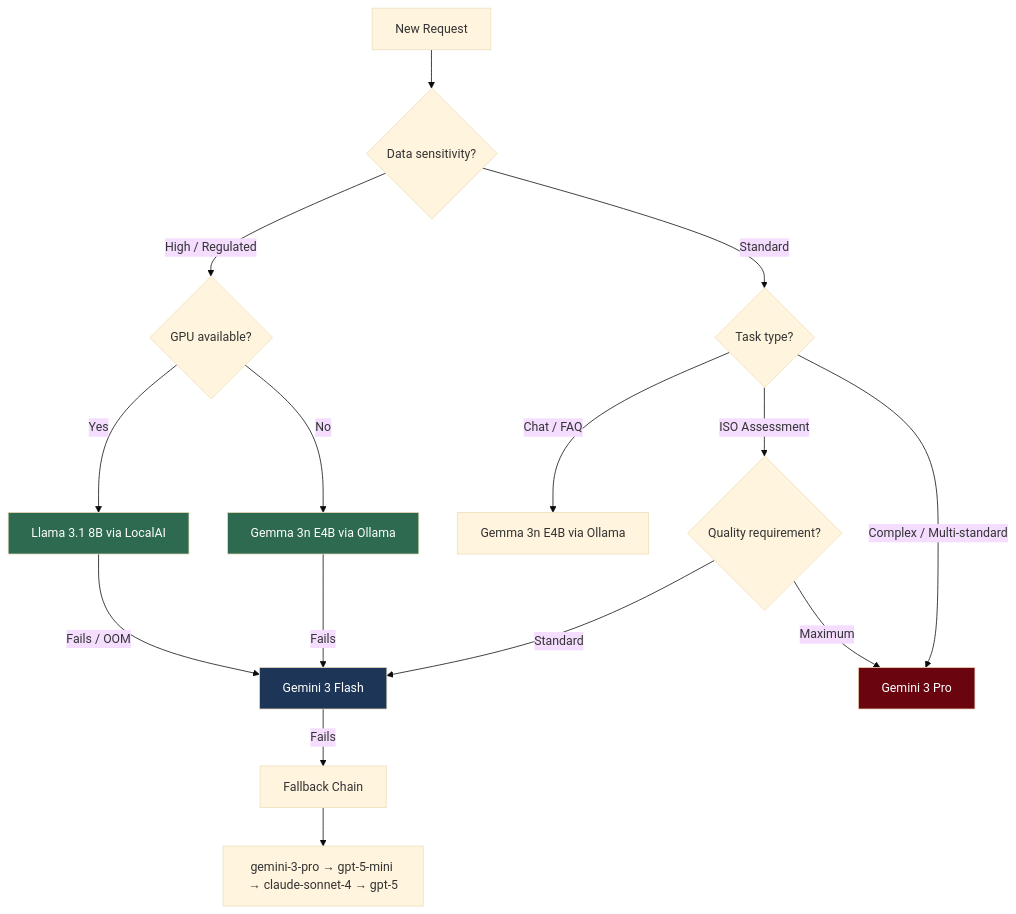
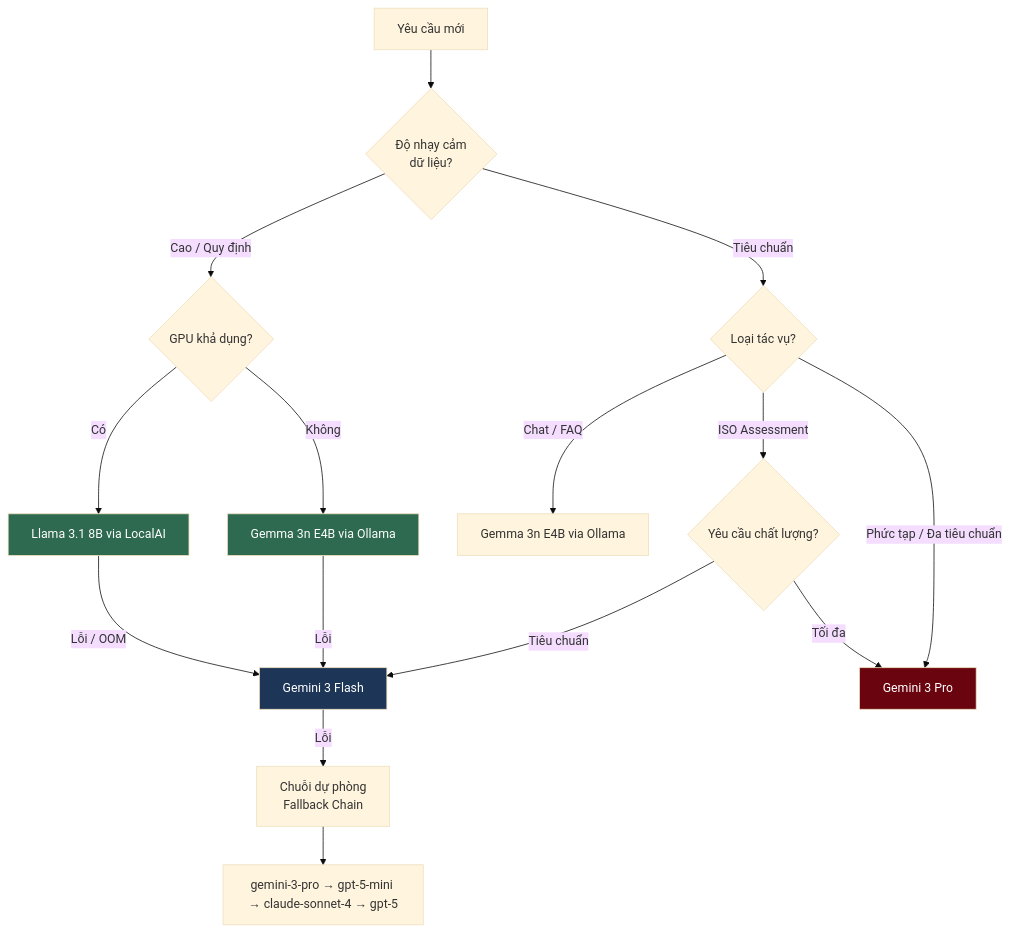
The fourth of 4 diagrams in docs/vi/benchmark.md (NghiaDinh03/phobert-chatbot-project), drawn with Mermaid (base theme) before and after one commit. The commit also changed other lines of this file and 46 other files, not shown here.

````diff
--- a/docs/vi/benchmark.md
+++ b/docs/vi/benchmark.md
@@ -210,22 +294,22 @@
 ```mermaid
 flowchart TD
-    A[New Request] --> B{Data sensitivity?}
-    B -->|High / Regulated| C{GPU available?}
-    C -->|Yes| D[Llama 3.1 8B via LocalAI]
-    C -->|No| E[Gemma 3n E4B via Ollama]
-    B -->|Standard| F{Task type?}
+    A[Yêu cầu mới] --> B{Độ nhạy cảm<br/>dữ liệu?}
+    B -->|Cao / Quy định| C{GPU khả dụng?}
+    C -->|Có| D[Llama 3.1 8B via LocalAI]
+    C -->|Không| E[Gemma 3n E4B via Ollama]
+    B -->|Tiêu chuẩn| F{Loại tác vụ?}
     F -->|Chat / FAQ| G[Gemma 3n E4B via Ollama]
-    F -->|ISO Assessment| H{Quality requirement?}
-    H -->|Standard| I[Gemini 3 Flash]
-    H -->|Maximum| J[Gemini 3 Pro]
-    F -->|Complex / Multi-standard| J
-    D -->|Fails / OOM| I
-    E -->|Fails| I
-    I -->|Fails| K[Fallback Chain]
+    F -->|ISO Assessment| H{Yêu cầu chất lượng?}
+    H -->|Tiêu chuẩn| I[Gemini 3 Flash]
+    H -->|Tối đa| J[Gemini 3 Pro]
+    F -->|Phức tạp / Đa tiêu chuẩn| J
+    D -->|Lỗi / OOM| I
+    E -->|Lỗi| I
+    I -->|Lỗi| K[Chuỗi dự phòng<br/>Fallback Chain]
     K --> L[gemini-3-pro → gpt-5-mini → claude-sonnet-4 → gpt-5]
 
     style D fill:#2d6a4f,color:#fff
     style E fill:#2d6a4f,color:#fff
     style I fill:#1d3557,color:#fff
     style J fill:#6a040f,color:#fff
 ```
````
